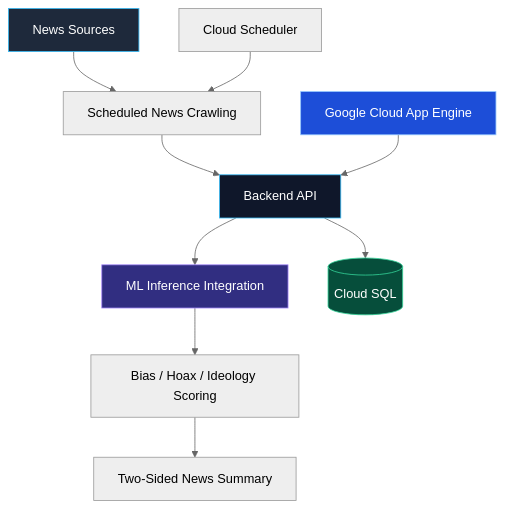
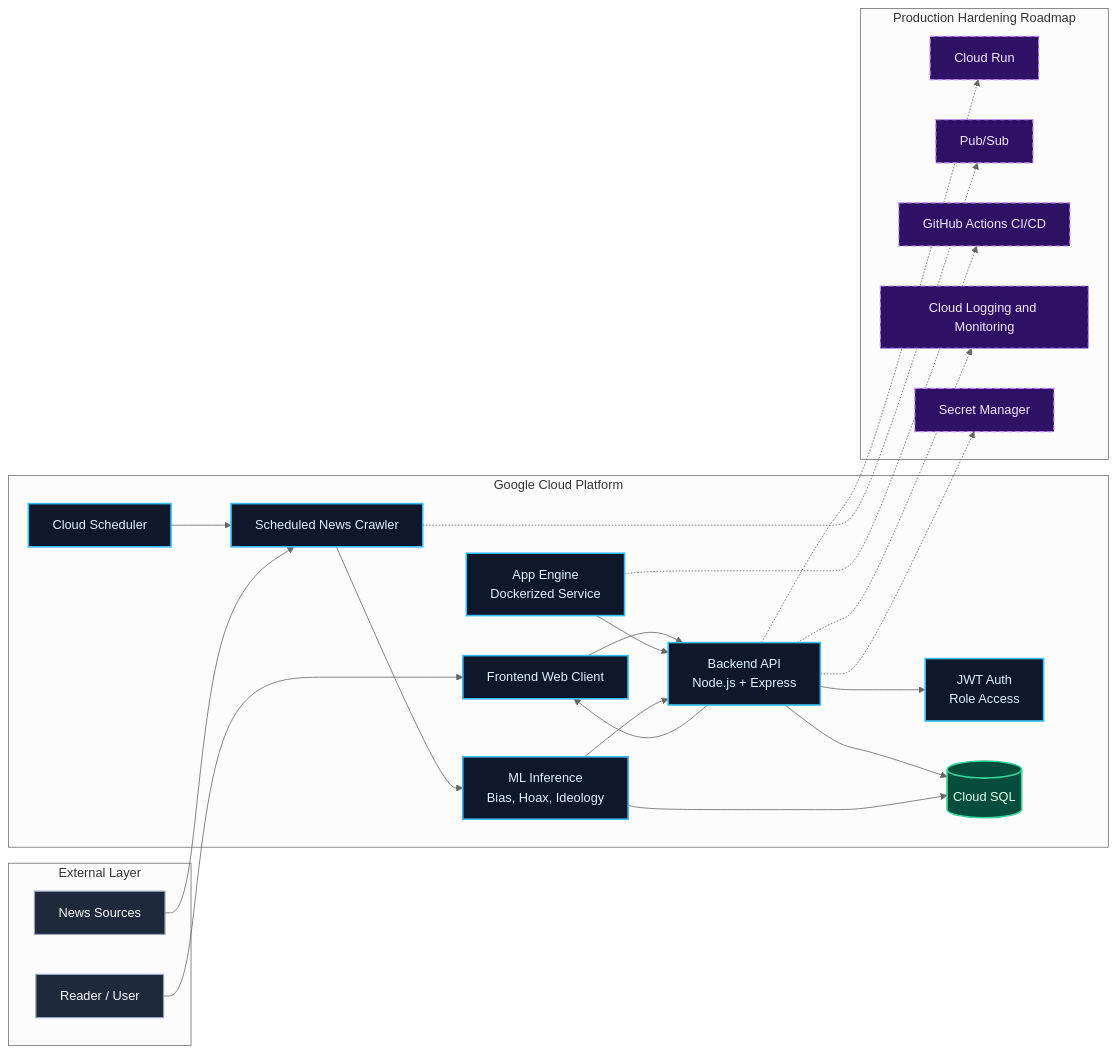
The third of 6 diagrams in README.md (Ilhamnofaldi/Ilhamnofaldi), drawn with Mermaid (neutral theme) before and after one commit. The commit also changed other lines of this file, not shown here.

````diff
--- a/README.md
+++ b/README.md
@@ -147,17 +178,54 @@
 ```mermaid
-flowchart TD
-    A[News Sources] --> B[Scheduled News Crawling]
-    B --> C[Backend API]
-    C --> D[ML Inference Integration]
-    D --> E[Bias / Hoax / Ideology Scoring]
-    E --> F[Two-Sided News Summary]
-    C --> G[(Cloud SQL)]
-    H[Cloud Scheduler] --> B
-    I[Google Cloud App Engine] --> C
+flowchart LR
+    subgraph EXT["External Layer"]
+        USER["Reader / User"]
+        NEWS["News Sources"]
+    end
 
-    style A fill:#1e293b,stroke:#38bdf8,color:#ffffff
-    style C fill:#0f172a,stroke:#38bdf8,color:#ffffff
-    style D fill:#312e81,stroke:#a78bfa,color:#ffffff
-    style G fill:#064e3b,stroke:#34d399,color:#ffffff
-    style I fill:#1d4ed8,stroke:#93c5fd,color:#ffffff
+    subgraph GCP["Google Cloud Platform"]
+        FE["Frontend Web Client"]
+        API["Backend API<br/>Node.js + Express"]
+        AUTH["JWT Auth<br/>Role Access"]
+        SCHED["Cloud Scheduler"]
+        CRAWLER["Scheduled News Crawler"]
+        ML["ML Inference<br/>Bias, Hoax, Ideology"]
+        DB[("Cloud SQL")]
+        APP["App Engine<br/>Dockerized Service"]
+    end
+
+    subgraph ROADMAP["Production Hardening Roadmap"]
+        RUN["Cloud Run"]
+        PUBSUB["Pub/Sub"]
+        CICD["GitHub Actions CI/CD"]
+        LOG["Cloud Logging and Monitoring"]
+        SECRET["Secret Manager"]
+    end
+
+    USER --> FE
+    FE --> API
+    APP --> API
+    API --> AUTH
+    API --> DB
+    SCHED --> CRAWLER
+    NEWS --> CRAWLER
+    CRAWLER --> ML
+    ML --> API
+    ML --> DB
+    API --> FE
+
+    API -.-> RUN
+    CRAWLER -.-> PUBSUB
+    APP -.-> CICD
+    API -.-> LOG
+    API -.-> SECRET
+
+    classDef built fill:#0f172a,stroke:#38bdf8,color:#e0f2fe,stroke-width:2px;
+    classDef data fill:#064e3b,stroke:#34d399,color:#dcfce7,stroke-width:2px;
+    classDef external fill:#1e293b,stroke:#94a3b8,color:#f8fafc,stroke-width:1.5px;
+    classDef roadmap fill:#2e1065,stroke:#c084fc,color:#f3e8ff,stroke-width:1.5px,stroke-dasharray: 6 4;
+
+    class USER,NEWS external;
+    class FE,API,AUTH,SCHED,CRAWLER,ML,APP built;
+    class DB data;
+    class RUN,PUBSUB,CICD,LOG,SECRET roadmap;
 ```
````
